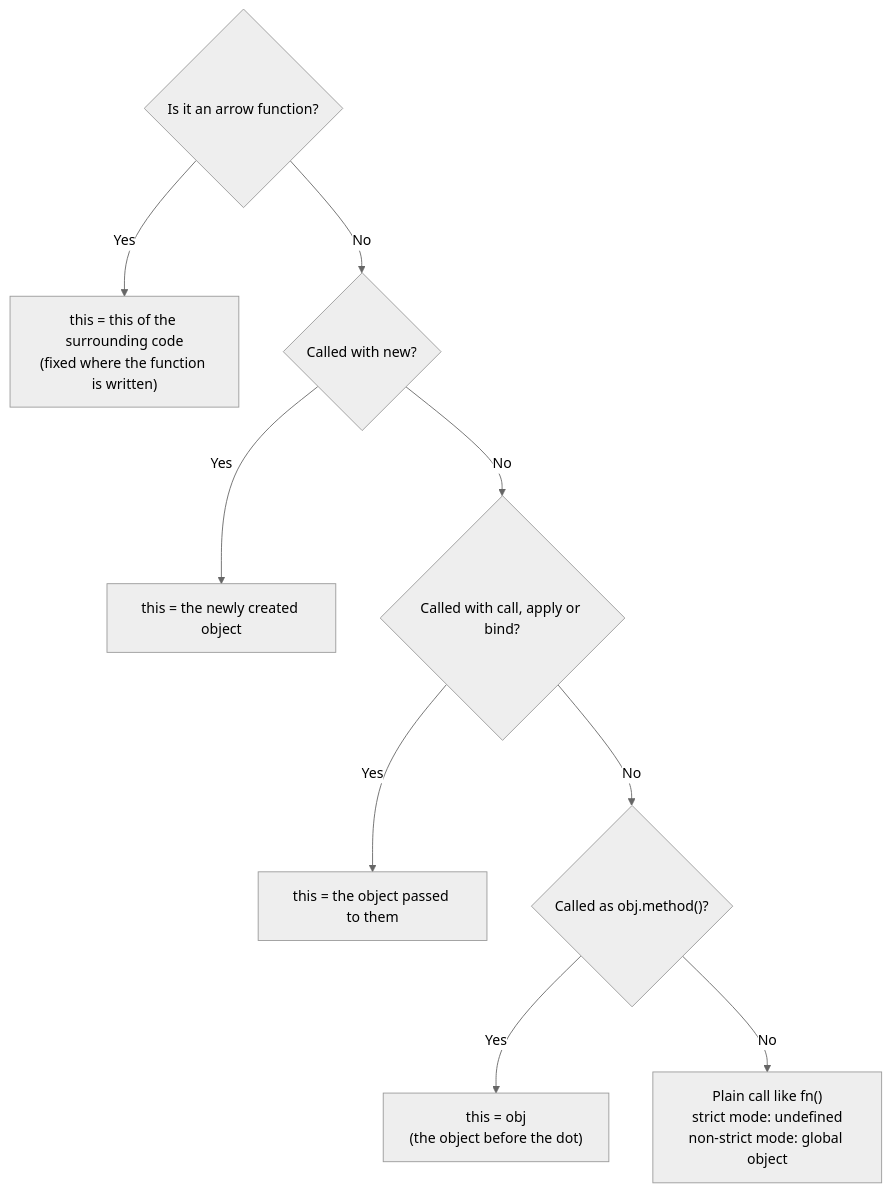
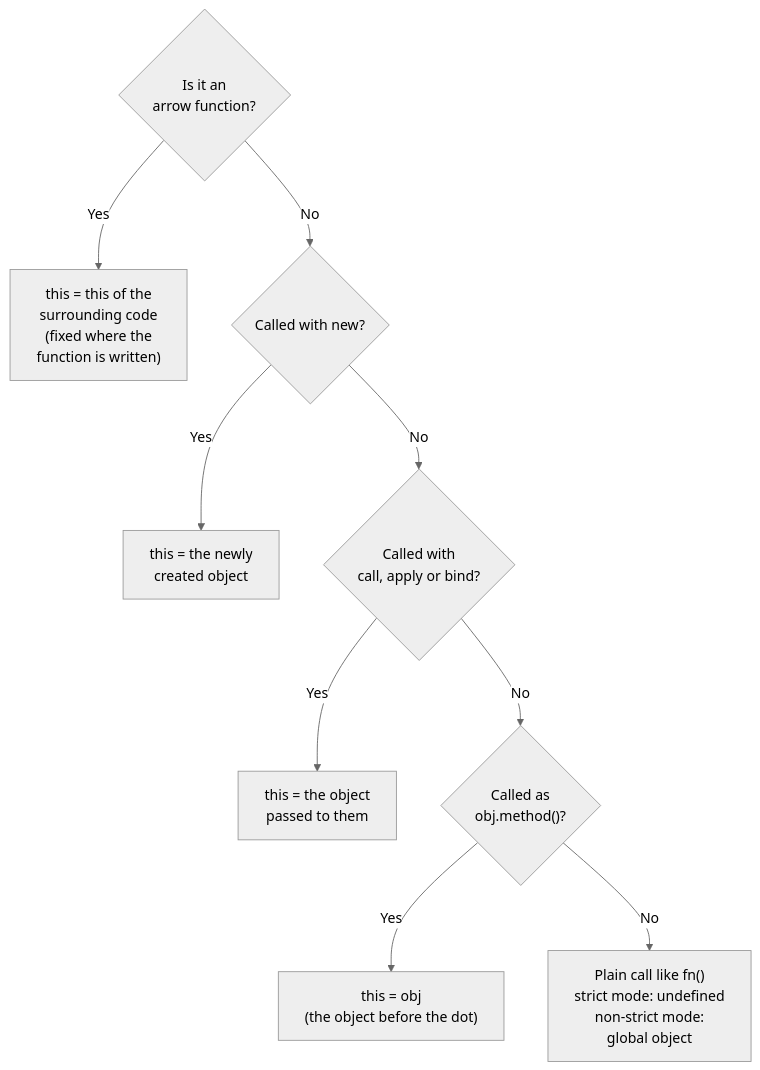
Before and after one commit to renatolinsdigital/javascript-quickstart: the tenth of 16 diagrams in README.md, drawn with Mermaid (neutral theme). The commit also changed other lines of this file, not shown here.

Commit message:
adds a revision to mermaid graphs

````diff
--- a/README.md
+++ b/README.md
@@ -2074,11 +2114,16 @@
 ```mermaid
+---
+config:
+  flowchart:
+    wrappingWidth: 1000
+---
 flowchart TD
-    A{"Is it an arrow function?"} -- Yes --> B["this = this of the surrounding code<br/>(fixed where the function is written)"]
+    A{"Is it an<br/>arrow function?"} -- Yes --> B["this = this of the<br/>surrounding code<br/>(fixed where the<br/>function is written)"]
     A -- No --> C{"Called with new?"}
-    C -- Yes --> D["this = the newly created object"]
-    C -- No --> E{"Called with call, apply or bind?"}
-    E -- Yes --> F["this = the object passed to them"]
-    E -- No --> G{"Called as obj.method()?"}
+    C -- Yes --> D["this = the newly<br/>created object"]
+    C -- No --> E{"Called with<br/>call, apply or bind?"}
+    E -- Yes --> F["this = the object<br/>passed to them"]
+    E -- No --> G{"Called as<br/>obj.method()?"}
     G -- Yes --> H["this = obj<br/>(the object before the dot)"]
-    G -- No --> I["Plain call like fn()<br/>strict mode: undefined<br/>non-strict mode: global object"]
+    G -- No --> I["Plain call like fn()<br/>strict mode: undefined<br/>non-strict mode:<br/>global object"]
 ```
````
